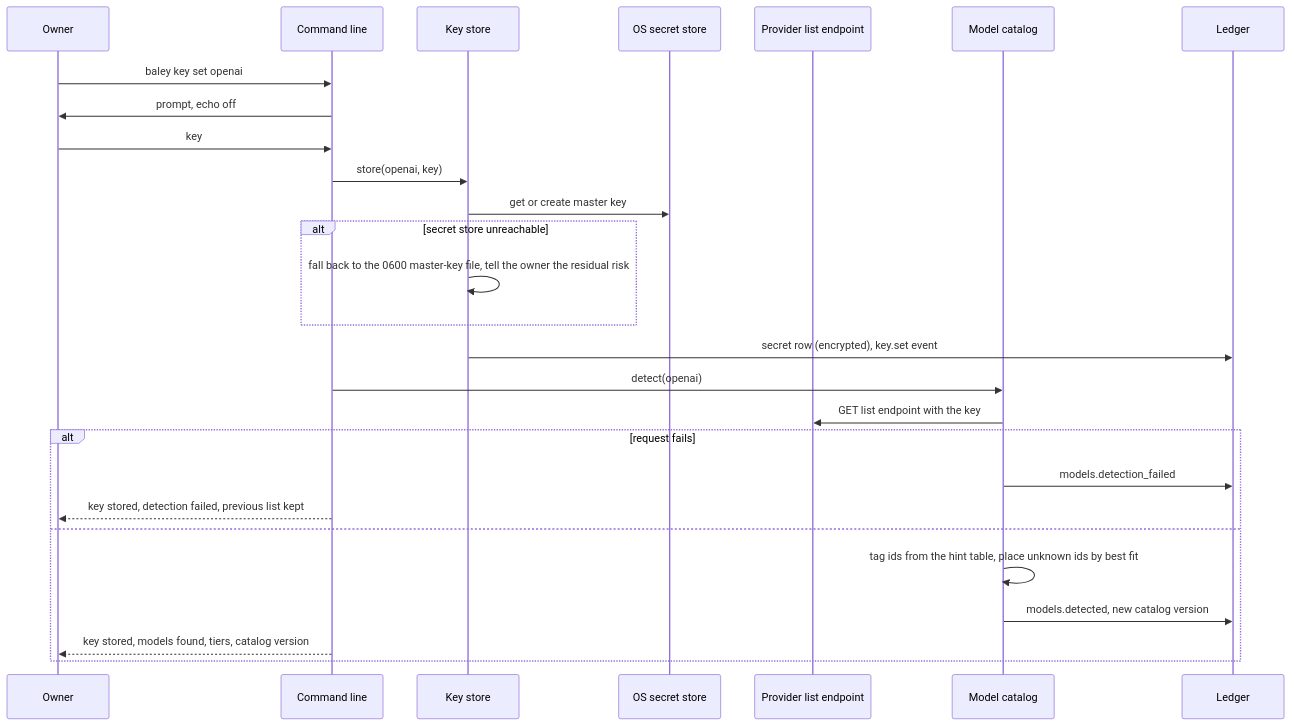
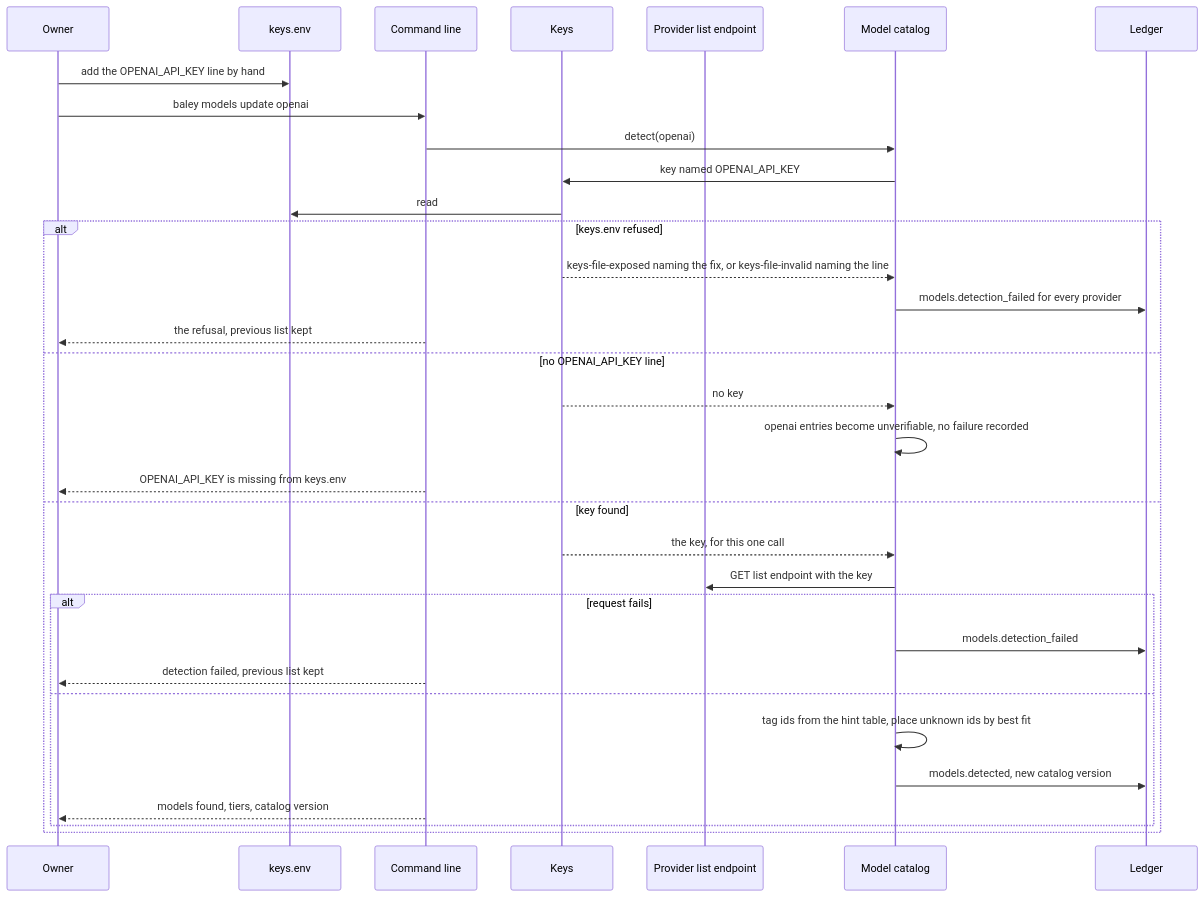
Before and after one commit to crenshawdev/baley: the sixth of 7 diagrams in docs/design/0003-configuration-and-routing.md, drawn with Mermaid. The commit also changed other lines of this file and 18 other files, not shown here.

First line of the commit message:
docs(adr): put settings and keys under a crenshawdev folder and read keys from a plain file

````diff
--- a/docs/design/0003-configuration-and-routing.md
+++ b/docs/design/0003-configuration-and-routing.md
@@ -417,29 +394,35 @@
 ```mermaid
 sequenceDiagram
   participant O as Owner
+  participant F as keys.env
   participant C as Command line
-  participant S as Key store
-  participant X as OS secret store
+  participant S as Keys
   participant V as Provider list endpoint
   participant K as Model catalog
   participant L as Ledger
-  O->>C: baley key set openai
-  C->>O: prompt, echo off
-  O->>C: key
-  C->>S: store(openai, key)
-  S->>X: get or create master key
-  alt secret store unreachable
-    S->>S: fall back to the 0600 master-key file, tell the owner the residual risk
-  end
-  S->>L: secret row (encrypted), key.set event
+  O->>F: add the OPENAI_API_KEY line by hand
+  O->>C: baley models update openai
   C->>K: detect(openai)
-  K->>V: GET list endpoint with the key
-  alt request fails
-    K->>L: models.detection_failed
-    C-->>O: key stored, detection failed, previous list kept
-  else
-    K->>K: tag ids from the hint table, place unknown ids by best fit
-    K->>L: models.detected, new catalog version
-    C-->>O: key stored, models found, tiers, catalog version
+  K->>S: key named OPENAI_API_KEY
+  S->>F: read
+  alt keys.env refused
+    S-->>K: keys-file-exposed naming the fix, or keys-file-invalid naming the line
+    K->>L: models.detection_failed for every provider
+    C-->>O: the refusal, previous list kept
+  else no OPENAI_API_KEY line
+    S-->>K: no key
+    K->>K: openai entries become unverifiable, no failure recorded
+    C-->>O: OPENAI_API_KEY is missing from keys.env
+  else key found
+    S-->>K: the key, for this one call
+    K->>V: GET list endpoint with the key
+    alt request fails
+      K->>L: models.detection_failed
+      C-->>O: detection failed, previous list kept
+    else
+      K->>K: tag ids from the hint table, place unknown ids by best fit
+      K->>L: models.detected, new catalog version
+      C-->>O: models found, tiers, catalog version
+    end
   end
 ```
````
